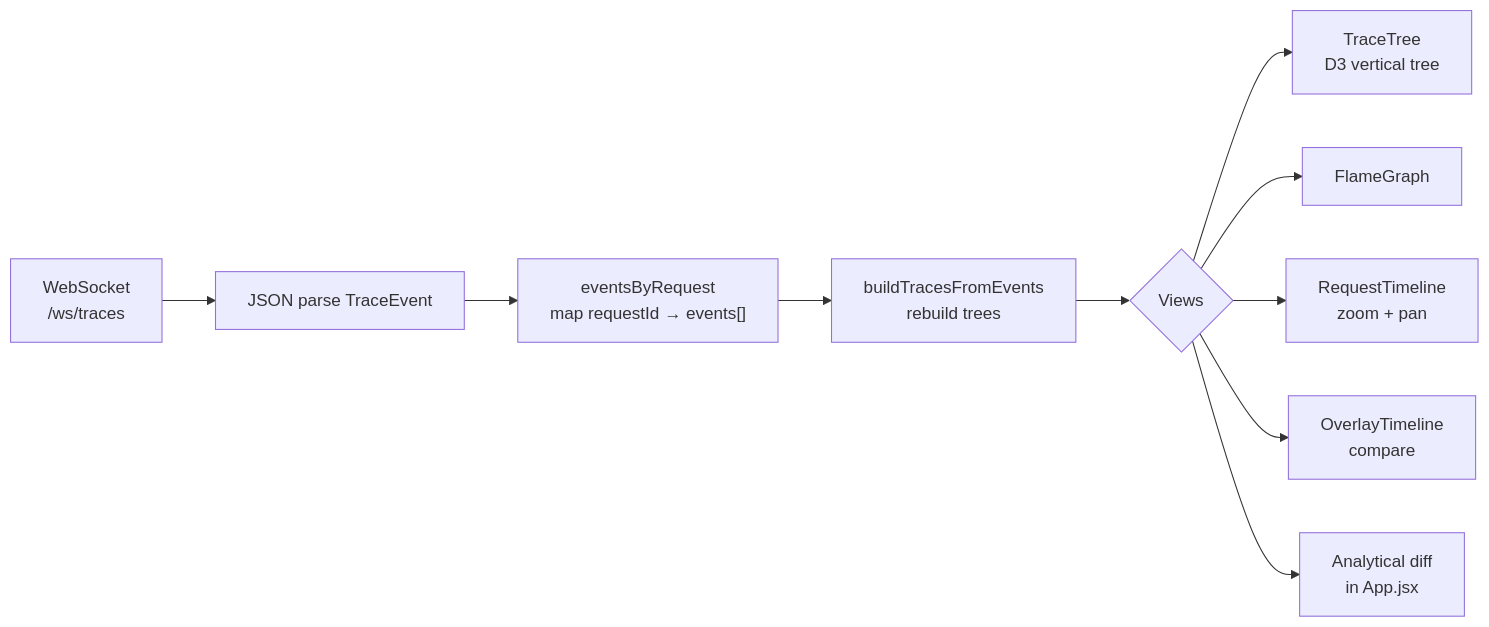
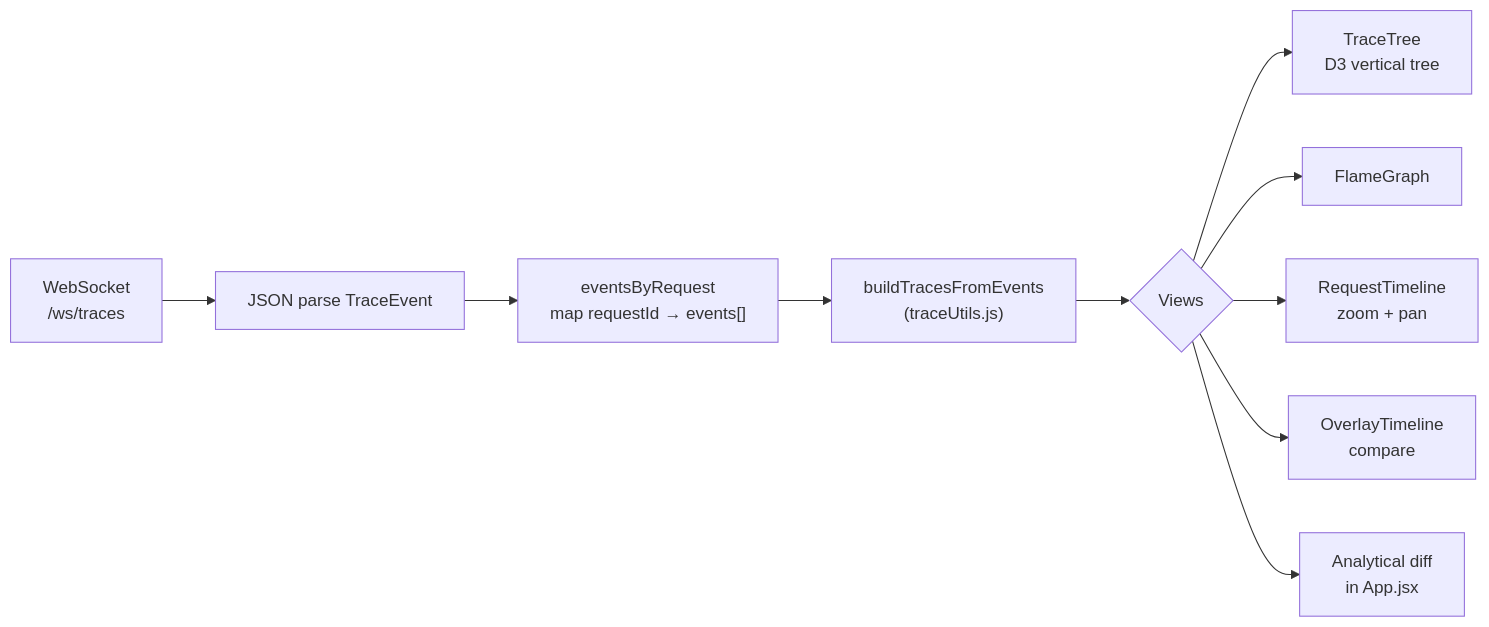
One commit to NiyathaVS/Live-Backend-Execution-Trace-Visualizer changed the fourth of 5 diagrams in docs/ARCHITECTURE.md. Above: the diagram before and after it, drawn with Mermaid. The commit also changed other lines of this file and 3 other files, not shown here.

````diff
--- a/docs/ARCHITECTURE.md
+++ b/docs/ARCHITECTURE.md
@@ -128,13 +131,13 @@
 ```mermaid
 flowchart LR
     WS[WebSocket\n/ws/traces] --> Parse[JSON parse TraceEvent]
     Parse --> Store["eventsByRequest\nmap requestId → events[]"]
-    Store --> Build[buildTracesFromEvents\nrebuild trees]
+    Store --> Build["buildTracesFromEvents\n(traceUtils.js)"]
     Build --> Views{Views}
 
     Views --> Tree[TraceTree\nD3 vertical tree]
     Views --> Flame[FlameGraph]
     Views --> TL[RequestTimeline\nzoom + pan]
     Views --> Overlay[OverlayTimeline\ncompare]
     Views --> Diff[Analytical diff\nin App.jsx]
 ```
````
